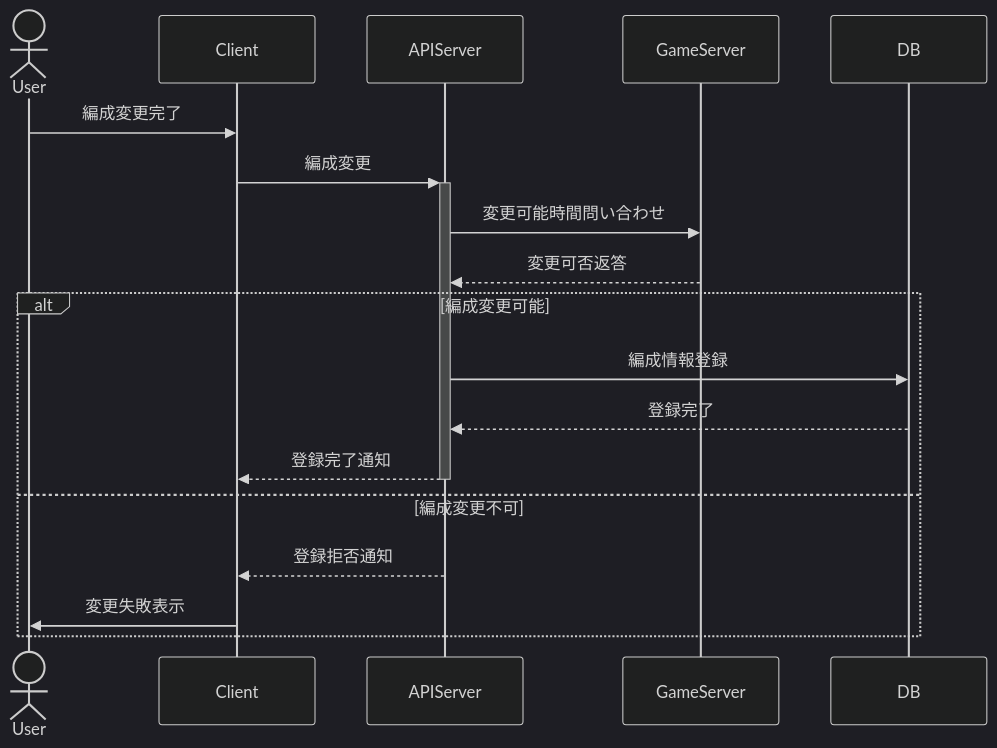
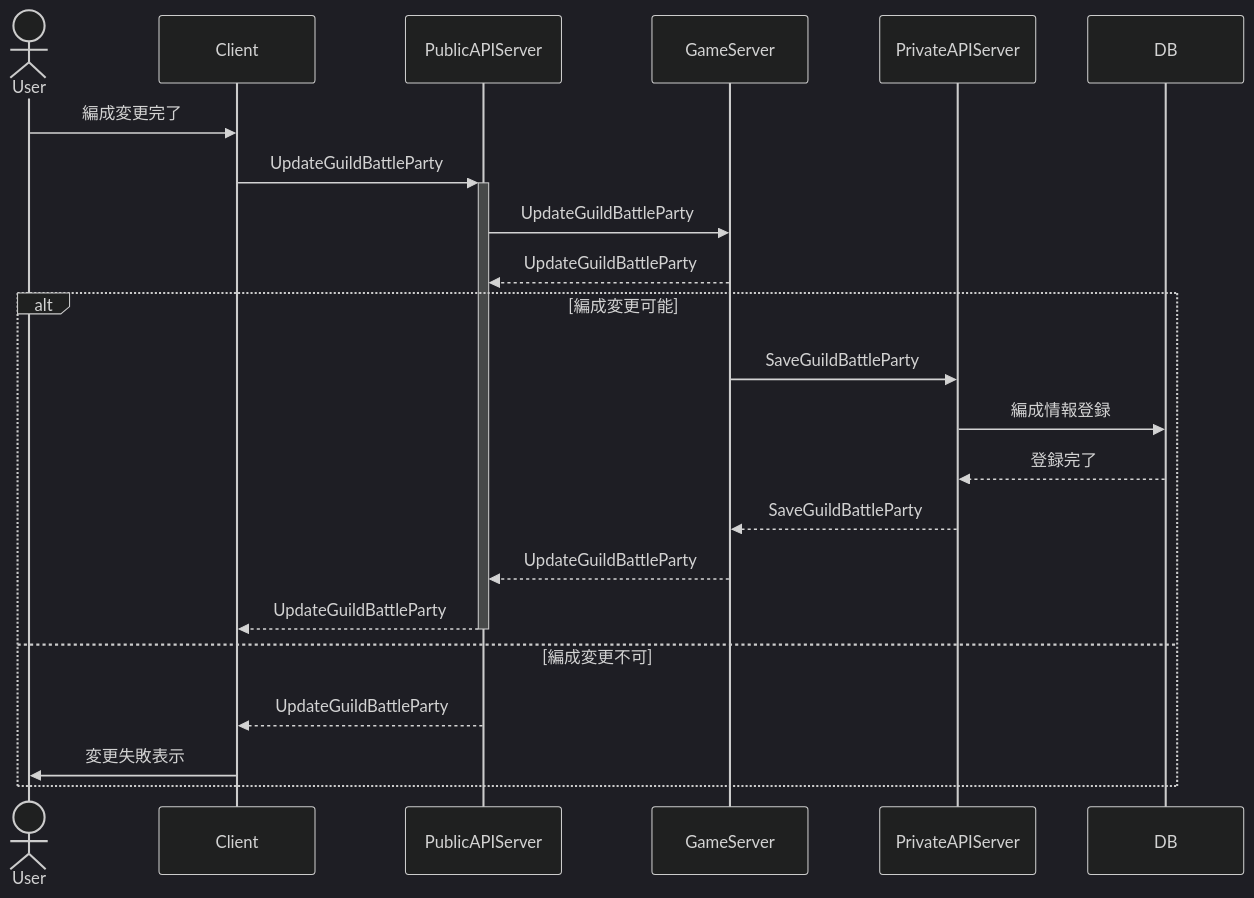
The fourth of 17 diagrams in guild_battle.md (ReHydrangeaOdyssey/Specifications), drawn with Mermaid (dark theme) before and after one commit. The commit also changed other lines of this file and 15 other files, not shown here.

````diff
--- a/guild_battle.md
+++ b/guild_battle.md
@@ -548,22 +548,26 @@
 ```mermaid
 sequenceDiagram
     actor User
     participant Client
-    participant APIServer
+    participant PublicAPIServer
     participant GameServer
+    participant PrivateAPIServer
     participant DB
 
     User->>Client: 編成変更完了
-    Client->>+APIServer: 編成変更
-    APIServer->>GameServer: 変更可能時間問い合わせ
-    GameServer-->>APIServer: 変更可否返答
+    Client->>+PublicAPIServer: UpdateGuildBattleParty
+    PublicAPIServer->>GameServer: UpdateGuildBattleParty
+    GameServer-->>PublicAPIServer: UpdateGuildBattleParty
 
     alt 編成変更可能
-        APIServer->>DB: 編成情報登録
-        DB-->>APIServer: 登録完了
-        APIServer-->>-Client: 登録完了通知
+        GameServer->>PrivateAPIServer: SaveGuildBattleParty
+        PrivateAPIServer->>DB: 編成情報登録
+        DB-->>PrivateAPIServer: 登録完了
+        PrivateAPIServer-->>GameServer: SaveGuildBattleParty
+        GameServer-->>PublicAPIServer: UpdateGuildBattleParty
+        PublicAPIServer-->>-Client: UpdateGuildBattleParty
     else 編成変更不可
-        APIServer-->>Client: 登録拒否通知
+        PublicAPIServer-->>Client: UpdateGuildBattleParty
         Client->>User: 変更失敗表示
     end
 ```
````
